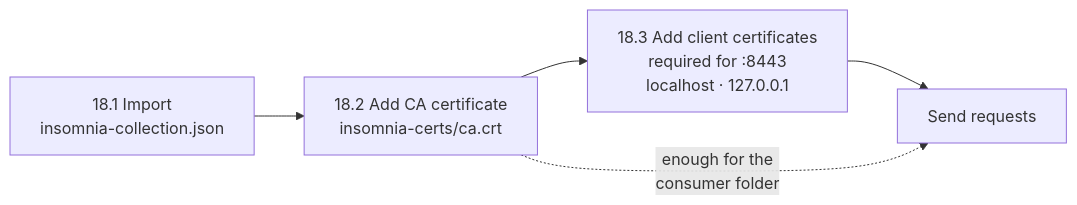
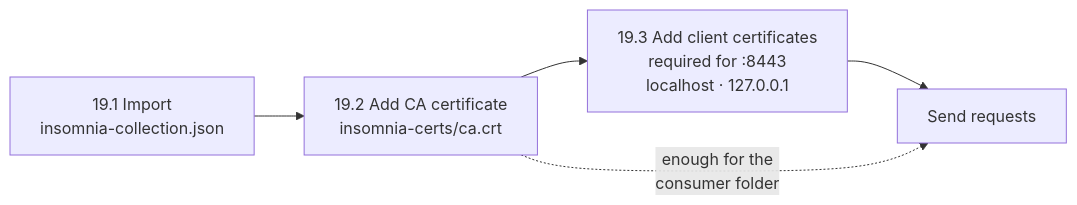
Diagram 26 of 26 in README.md (himnay/learning-mtls), drawn with Mermaid before and after one commit. The commit also changed other lines of this file and 2 other files, not shown here.

````diff
--- a/README.md
+++ b/README.md
@@ -1254,7 +1622,7 @@
 ```mermaid
 flowchart LR
-    A["18.1 Import<br/>insomnia-collection.json"] --> B["18.2 Add CA certificate<br/>insomnia-certs/ca.crt"]
-    B --> C["18.3 Add client certificates<br/>required for :8443<br/>localhost · 127.0.0.1"]
+    A["19.1 Import<br/>insomnia-collection.json"] --> B["19.2 Add CA certificate<br/>insomnia-certs/ca.crt"]
+    B --> C["19.3 Add client certificates<br/>required for :8443<br/>localhost · 127.0.0.1"]
     C --> D["Send requests"]
     B -. "enough for the<br/>consumer folder" .-> D
 ```
````
